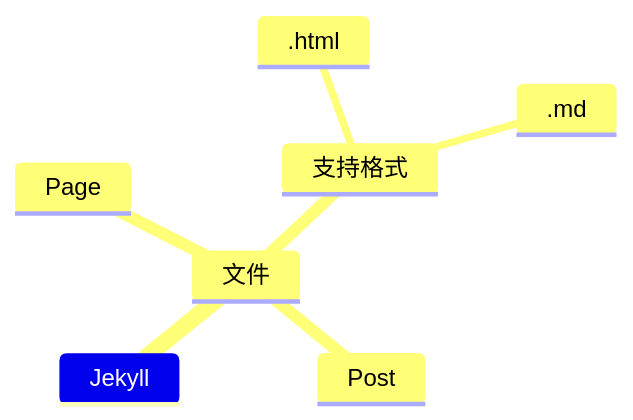
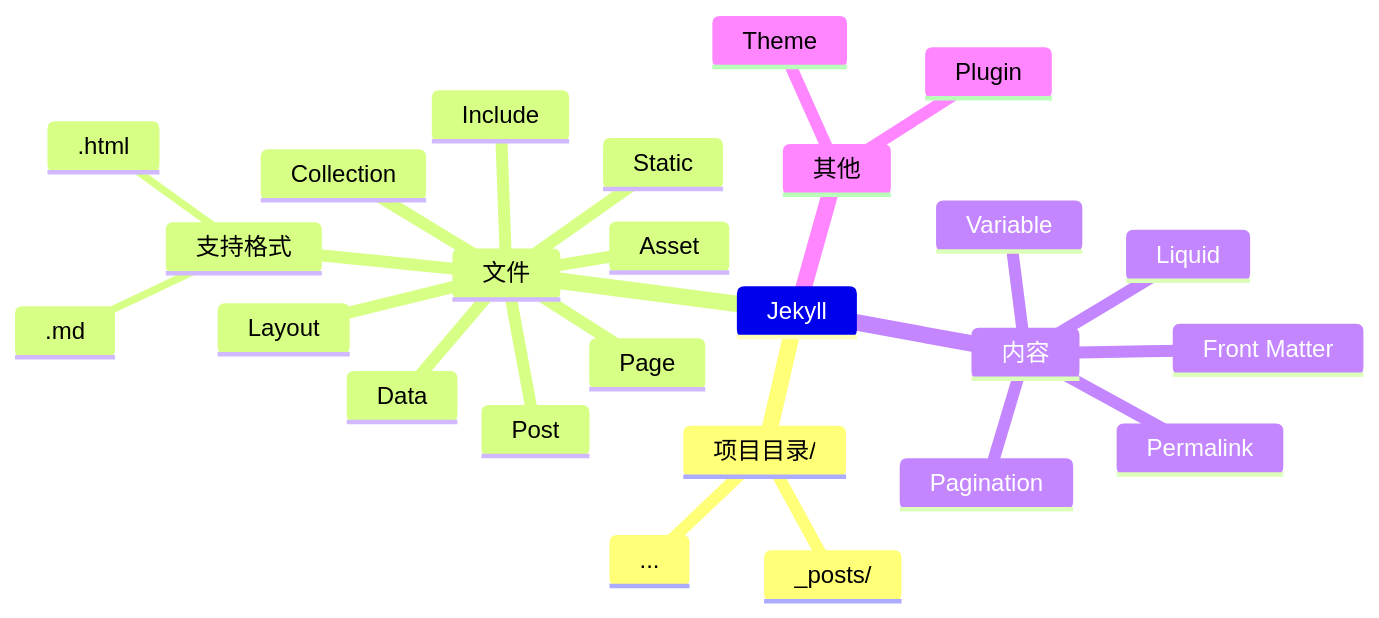
One commit to nanhualyq/nanhualyq.github.io changed the diagram in _posts/2024-01-19-jekyll.md. Above: the diagram before and after it, drawn with Mermaid.

Commit message:
update jekyll

```diff
--- a/_posts/2024-01-19-jekyll.md
+++ b/_posts/2024-01-19-jekyll.md
@@ -16,10 +16,28 @@
 <pre class="mermaid">
 mindmap
 	Jekyll
+		项目目录/
+			_posts/
+			...
 		文件
 			支持格式
 				.html
 				.md
 			Page
 			Post
+			Collection
+			Data
+			Asset
+			Static
+			Include
+			Layout
+		内容
+			Front Matter
+			Liquid
+			Variable
+			Permalink
+			Pagination
+		其他
+			Theme
+			Plugin
 </pre>
```
